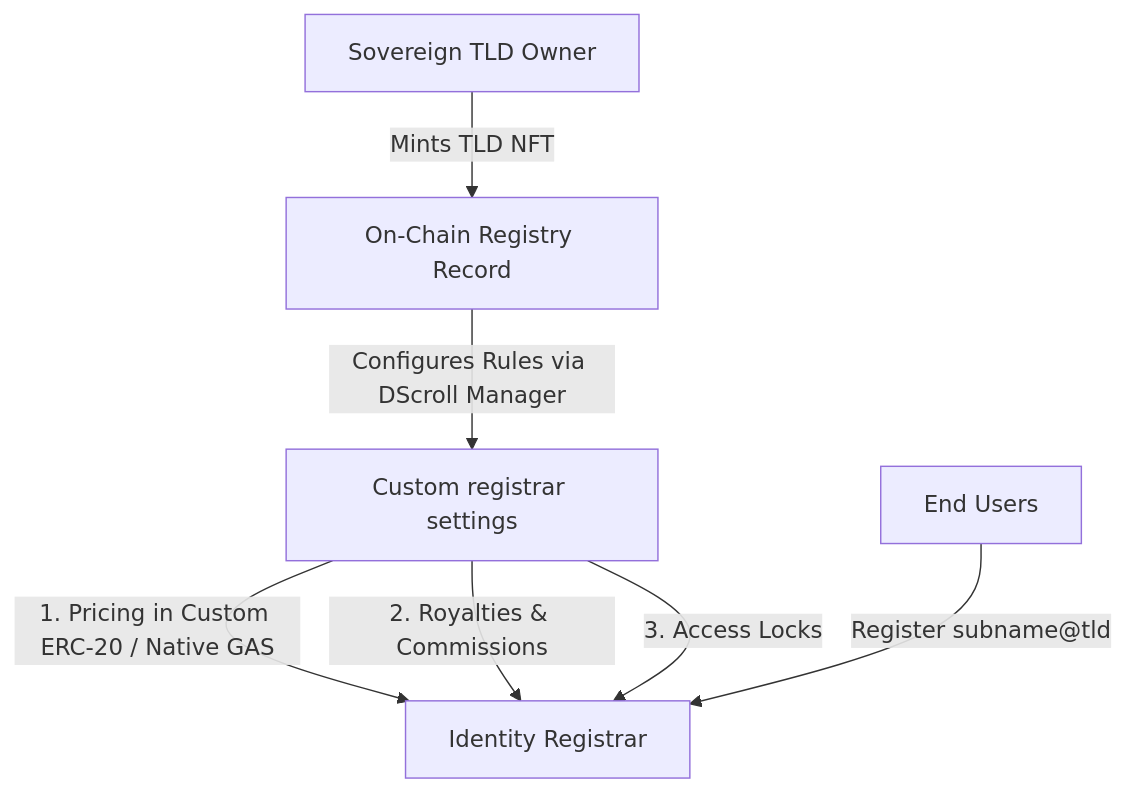
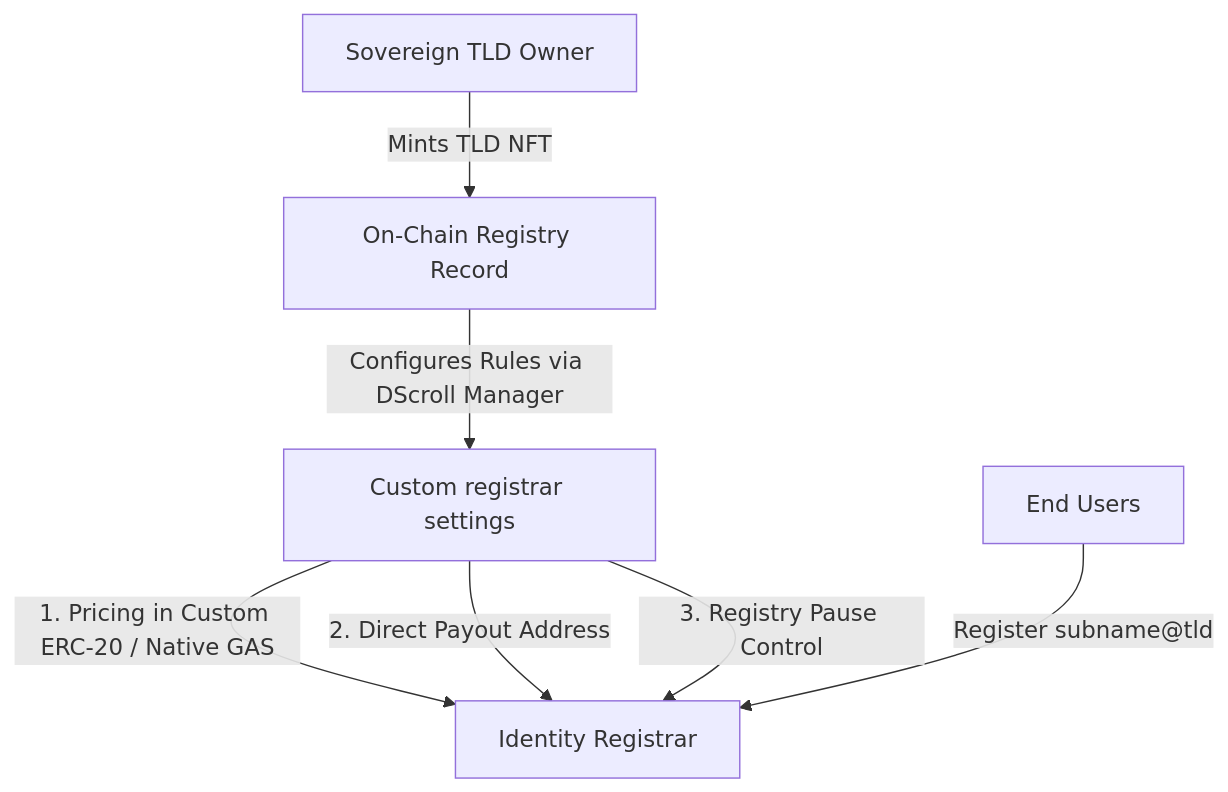
The diagram in content/dscroll-manager/introduction-to-sovereign-tlds.mdx (dscroll/dscroll-docs), drawn with Mermaid before and after one commit. The commit also changed other lines of this file and 4 other files, not shown here.

````diff
--- a/content/dscroll-manager/introduction-to-sovereign-tlds.mdx
+++ b/content/dscroll-manager/introduction-to-sovereign-tlds.mdx
@@ -35,9 +35,9 @@
 ```mermaid
 graph TD
     A[Sovereign TLD Owner] -->|Mints TLD NFT| B[On-Chain Registry Record]
     B -->|Configures Rules via DScroll Manager| C[Custom registrar settings]
     C -->|1. Pricing in Custom ERC-20 / Native GAS| D[Identity Registrar]
-    C -->|2. Royalties & Commissions| D
-    C -->|3. Access Locks| D
+    C -->|2. Direct Payout Address| D
+    C -->|3. Registry Pause Control| D
     E[End Users] -->|Register subname@tld| D
 ```
````
